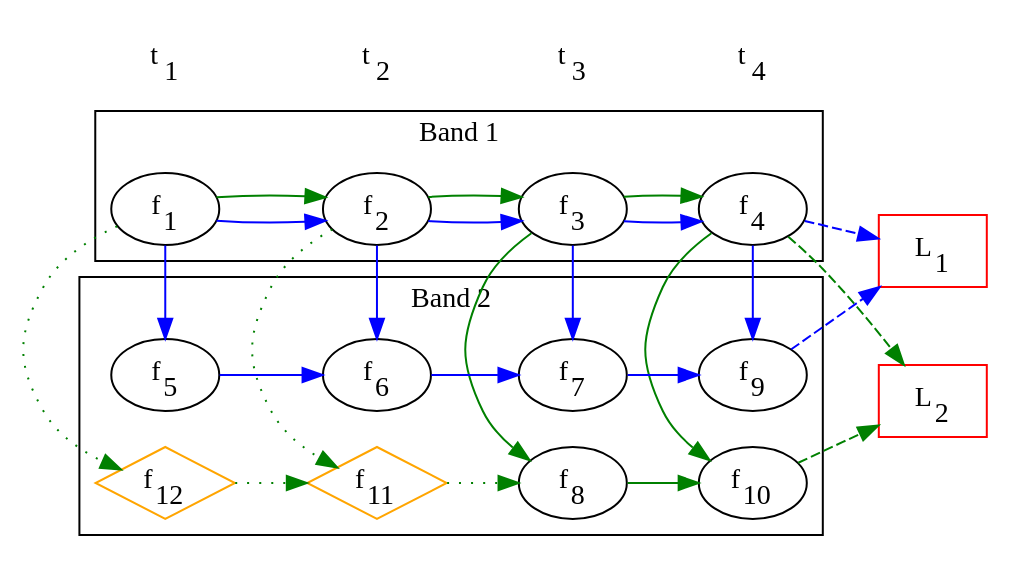
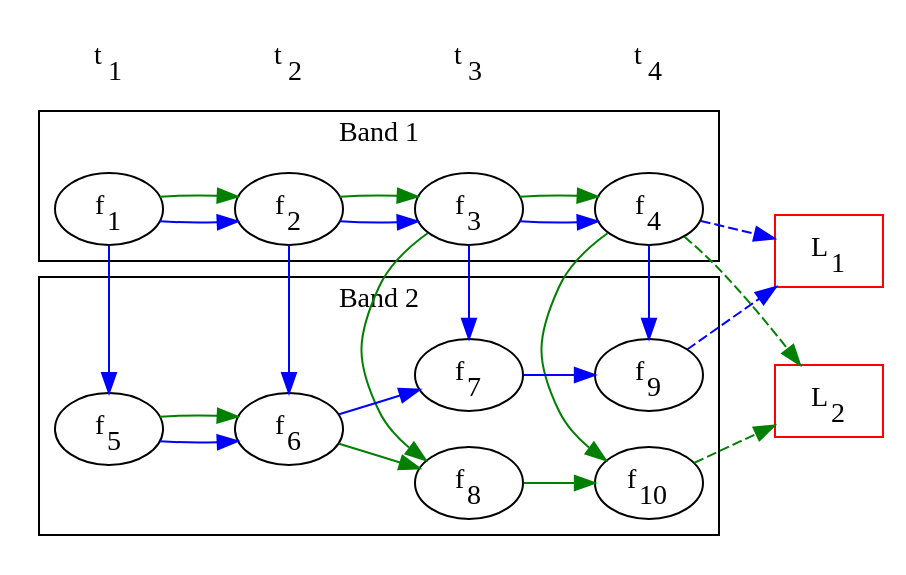
One commit to transientskp/tkp changed the diagram in documentation/source/database/assoc/one2many.crossband.dot. Above: the diagram before and after it, drawn with Graphviz. The commit also changed 3 other files, not shown here.

```diff
--- a/documentation/source/database/assoc/one2many.crossband.dot
+++ b/documentation/source/database/assoc/one2many.crossband.dot
@@ -1,56 +1,51 @@
 digraph one2many {
     rankdir=LR;
     f1 [label=<f<SUB>1</SUB>>];
     f2 [label=<f<SUB>2</SUB>>];
     f3 [label=<f<SUB>3</SUB>>];
     f4 [label=<f<SUB>4</SUB>>];
     f5 [label=<f<SUB>5</SUB>>];
     f6 [label=<f<SUB>6</SUB>>];
     f7 [label=<f<SUB>7</SUB>>];
     f8 [label=<f<SUB>8</SUB>>];
     f9 [label=<f<SUB>9</SUB>>];
     f10 [label=<f<SUB>10</SUB>>];
-    f11 [label=<f<SUB>11</SUB>>, shape=diamond, color=orange, style=""];
-    f12 [label=<f<SUB>12</SUB>>, shape=diamond, color=orange, style=""];
 
     subgraph cluster0 {
         node [style=filled,color=white];
         f1 -> f2 -> f3 -> f4 [color=blue];
         f1 -> f2 -> f3 -> f4 [color=green];
         label = "Band 1";
     }
     subgraph cluster1 {
         rank = min;
         node [style=filled];
         f5 -> f6 -> f7 -> f9 [color=blue];
-        f8 -> f10 [color=green];
-        f12 -> f11 -> f8 [color=green, style=dotted];
+        f5 -> f6 -> f8 -> f10 [color=green];
         label = "Band 2";
     }
     edge[color=blue, constraint=false];
     f1 -> f5;
     f2 -> f6;
     f3 -> f7;
     f4 -> f9;
     edge[color=green, constraint=false];
     f3 -> f8;
     f4 -> f10;
-    f1 -> f12 [style=dotted];
-    f2 -> f11 [style=dotted];
     edge[constraint=true];
 
     f4 -> l1 [style=dashed, color=blue];
     f9 -> l1 [style=dashed, color=blue];
     l1[label=<L<SUB>1</SUB>>, shape=box, color=red];
     f4 -> l2 [style=dashed, color=green];
     f10 -> l2 [style=dashed, color=green];
     l2[label=<L<SUB>2</SUB>>, shape=box, color=red];
 
     node[shape=none];
     edge[style=invis];
     t1 [label=<t<SUB>1</SUB>>];
     t2 [label=<t<SUB>2</SUB>>];
     t3 [label=<t<SUB>3</SUB>>];
     t4 [label=<t<SUB>4</SUB>>];
     t1 -> t2 -> t3 -> t4;
 }
```
